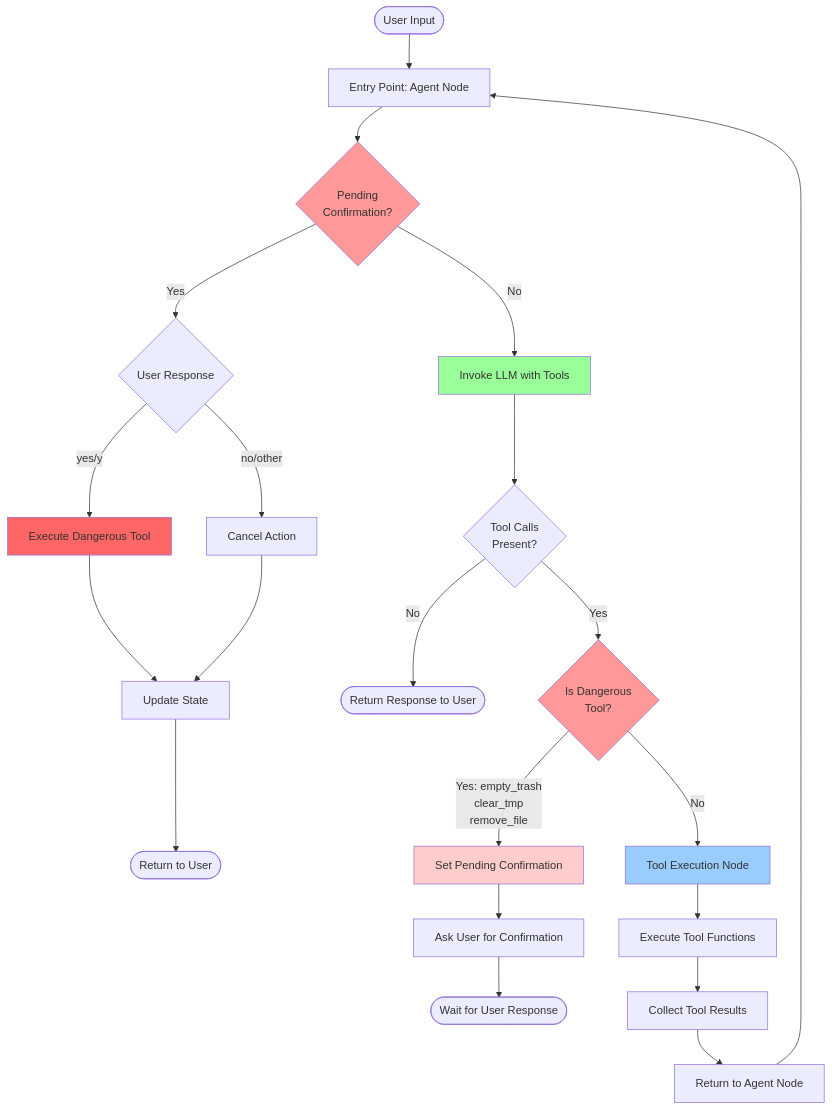
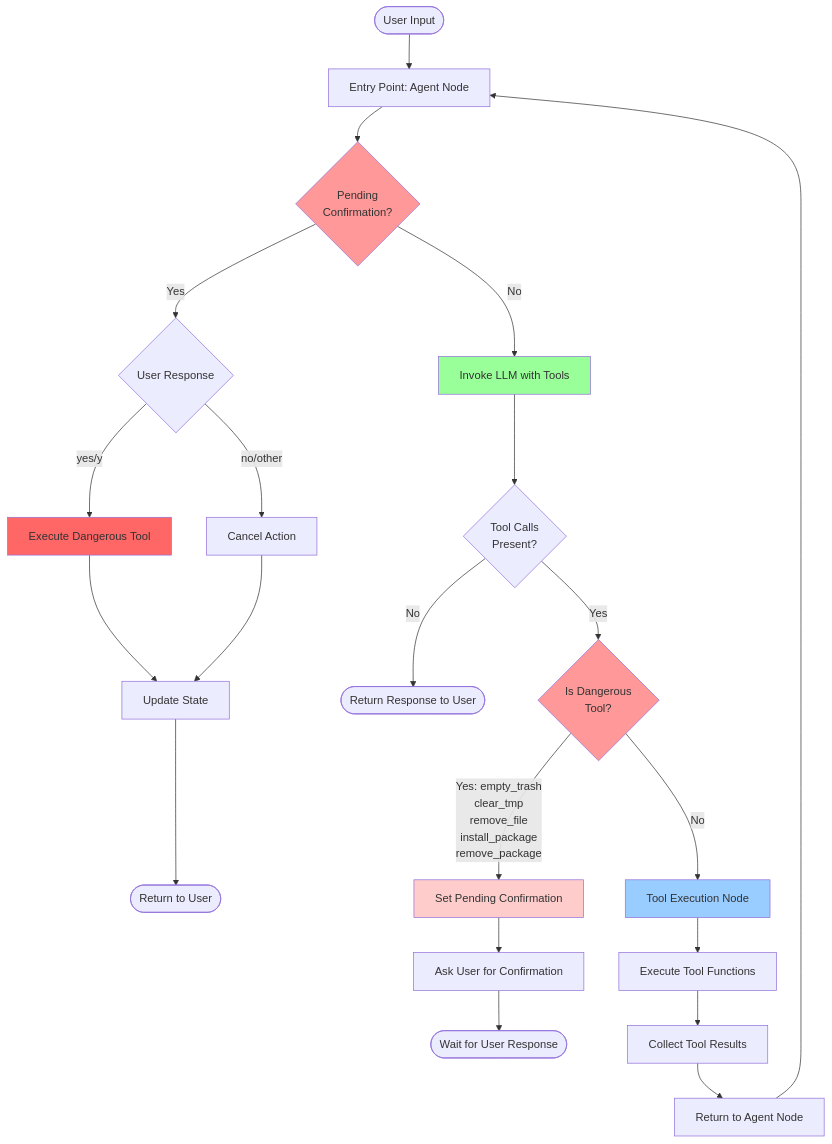
The first of 5 diagrams in readme.md (zkzkGamal/zkzkAgent), drawn with Mermaid before and after one commit. The commit also changed other lines of this file and 2 other files, not shown here.

````diff
--- a/readme.md
+++ b/readme.md
@@ -106,43 +150,43 @@
 ```mermaid
 graph TB
     Start([User Input]) --> Entry[Entry Point: Agent Node]
 
     Entry --> CheckPending{Pending<br/>Confirmation?}
 
     %% Confirmation Flow
     CheckPending -->|Yes| ParseResponse{User Response}
     ParseResponse -->|yes/y| ExecuteDangerous[Execute Dangerous Tool]
     ParseResponse -->|no/other| CancelAction[Cancel Action]
     ExecuteDangerous --> UpdateState1[Update State]
     CancelAction --> UpdateState1
     UpdateState1 --> End1([Return to User])
 
     %% Normal Flow
     CheckPending -->|No| InvokeLLM[Invoke LLM with Tools]
     InvokeLLM --> CheckToolCalls{Tool Calls<br/>Present?}
 
     %% No Tool Calls
     CheckToolCalls -->|No| End2([Return Response to User])
 
     %% Tool Calls Present
     CheckToolCalls -->|Yes| CheckDangerous{Is Dangerous<br/>Tool?}
 
     %% Dangerous Tool Path
-    CheckDangerous -->|Yes: empty_trash<br/>clear_tmp<br/>remove_file| SetPending[Set Pending Confirmation]
+    CheckDangerous -->|Yes: empty_trash<br/>clear_tmp<br/>remove_file<br/>install_package<br/>remove_package| SetPending[Set Pending Confirmation]
     SetPending --> AskConfirm[Ask User for Confirmation]
     AskConfirm --> End3([Wait for User Response])
 
     %% Safe Tool Path
     CheckDangerous -->|No| ToolNode[Tool Execution Node]
     ToolNode --> ExecuteTools[Execute Tool Functions]
     ExecuteTools --> ToolResult[Collect Tool Results]
     ToolResult --> BackToAgent[Return to Agent Node]
     BackToAgent --> Entry
 
     style CheckPending fill:#ff9999
     style CheckDangerous fill:#ff9999
     style SetPending fill:#ffcccc
     style ExecuteDangerous fill:#ff6666
     style ToolNode fill:#99ccff
     style InvokeLLM fill:#99ff99
 ```
````
